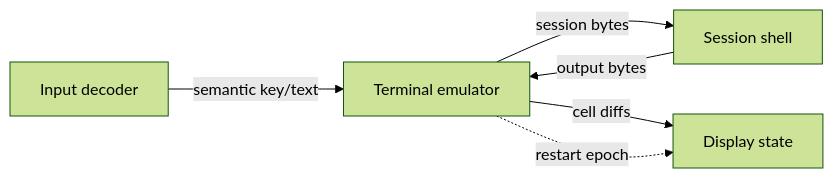
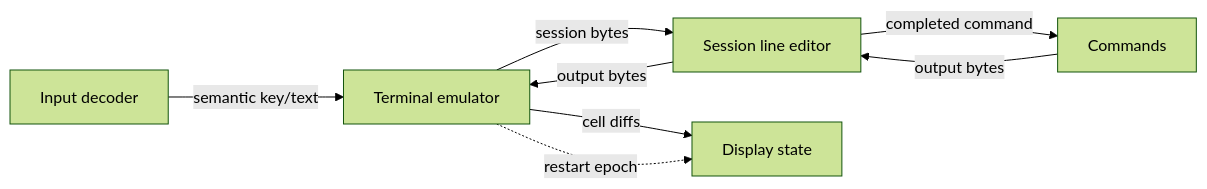
One commit to Eresea/LogOS changed the diagram in docs/processes/terminal.md. Above: the diagram before and after it, drawn with Mermaid (forest theme). The commit also changed other lines of this file and 4 other files, not shown here.

````diff
--- a/docs/processes/terminal.md
+++ b/docs/processes/terminal.md
@@ -7,8 +7,10 @@
 ```mermaid
 flowchart LR
     I[Input decoder] -->|semantic key/text| T[Terminal emulator]
-    T -->|session bytes| S[Session shell]
+    T -->|session bytes| S[Session line editor]
+    S -->|completed command| C[Commands]
+    C -->|output bytes| S
     S -->|output bytes| T
     T -->|cell diffs| D[Display state]
     T -. restart epoch .-> D
 ```
````
